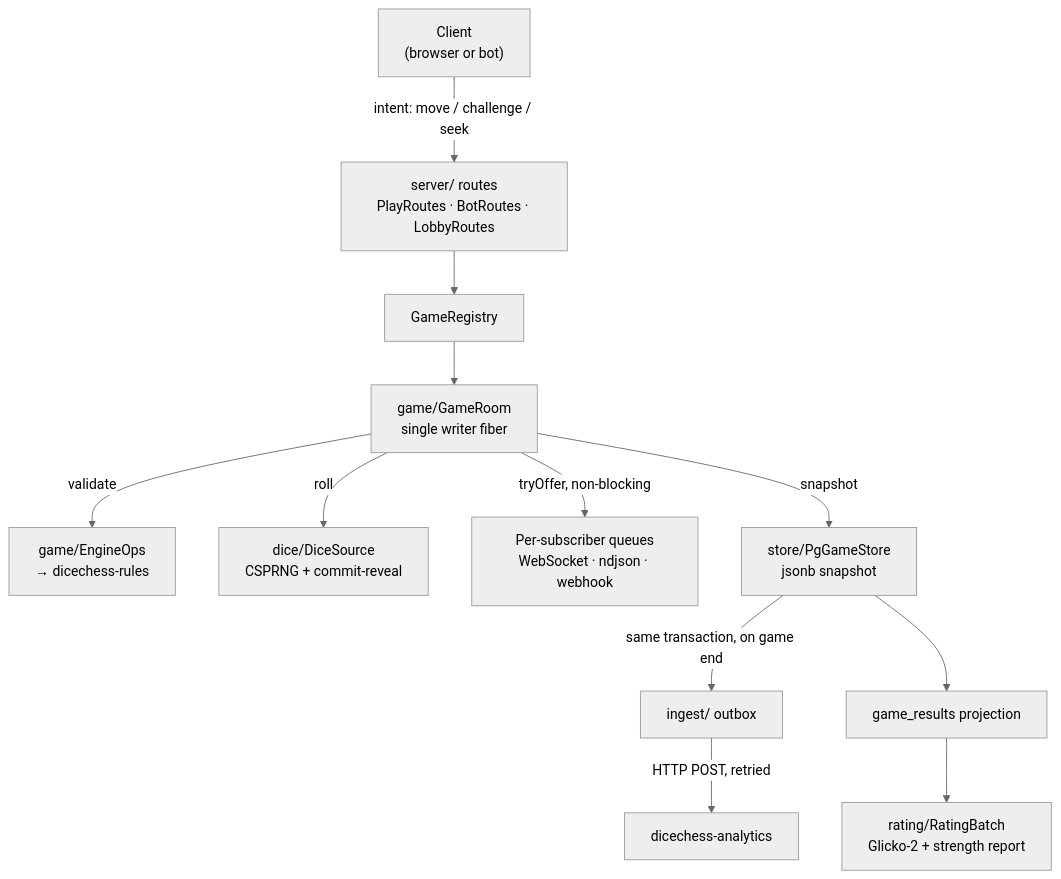
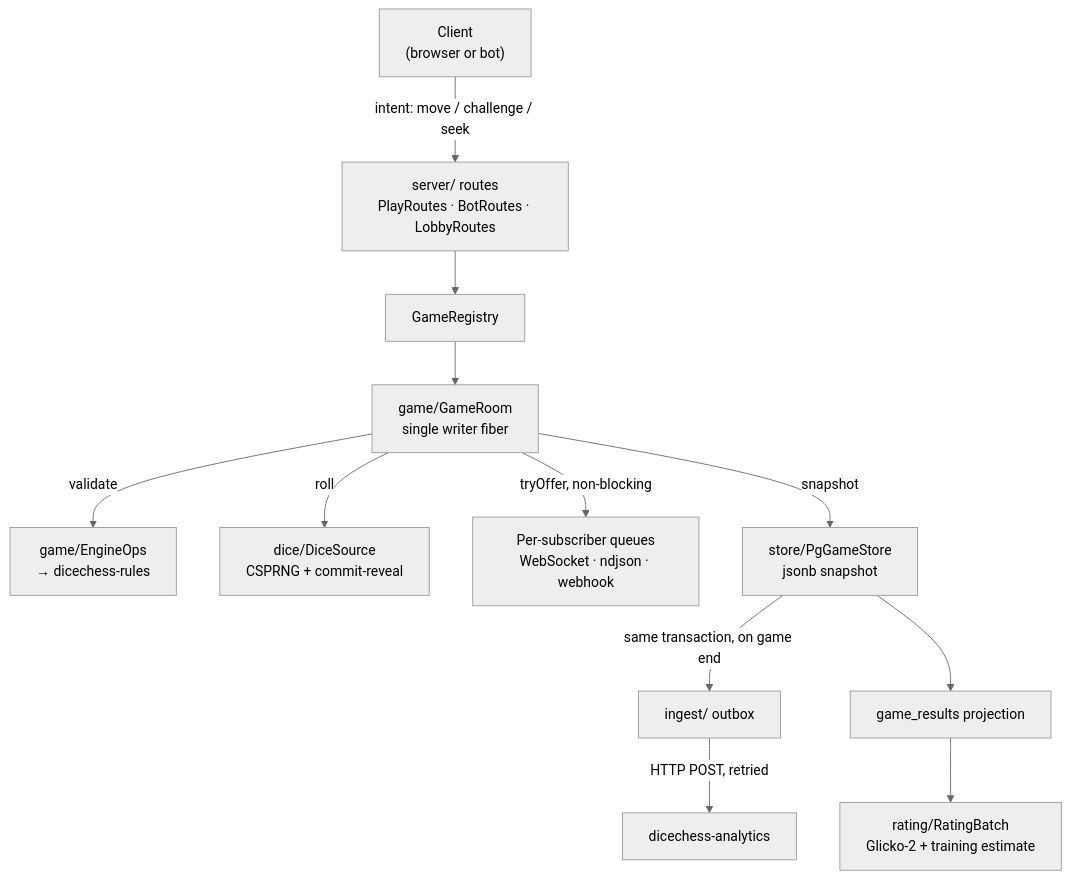
One commit to fortemate/dicechess-play-api changed the first of 2 diagrams in contributor-docs/src/content/docs/architecture.md. Above: the diagram before and after it, drawn with Mermaid (neutral theme). The commit also changed other lines of this file and 5 other files, not shown here.

First line of the commit message:
docs: remove the decommissioned strength report routes (#208)

````diff
--- a/contributor-docs/src/content/docs/architecture.md
+++ b/contributor-docs/src/content/docs/architecture.md
@@ -28,14 +28,14 @@
 ```mermaid
 flowchart TD
     C["Client<br/>(browser or bot)"] -->|"intent: move / challenge / seek"| R["server/ routes<br/>PlayRoutes · BotRoutes · LobbyRoutes"]
     R --> REG["GameRegistry"]
     REG --> ROOM["game/GameRoom<br/>single writer fiber"]
     ROOM -->|"validate"| ENG["game/EngineOps<br/>→ dicechess-rules"]
     ROOM -->|"roll"| DICE["dice/DiceSource<br/>CSPRNG + commit-reveal"]
     ROOM -->|"tryOffer, non-blocking"| SUB["Per-subscriber queues<br/>WebSocket · ndjson · webhook"]
     ROOM -->|"snapshot"| STORE["store/PgGameStore<br/>jsonb snapshot"]
     STORE -->|"same transaction, on game end"| OUT["ingest/ outbox"]
     OUT -->|"HTTP POST, retried"| AN["dicechess-analytics"]
     STORE --> RES["game_results projection"]
-    RES --> RB["rating/RatingBatch<br/>Glicko-2 + strength report"]
+    RES --> RB["rating/RatingBatch<br/>Glicko-2 + training estimate"]
 ```
````
